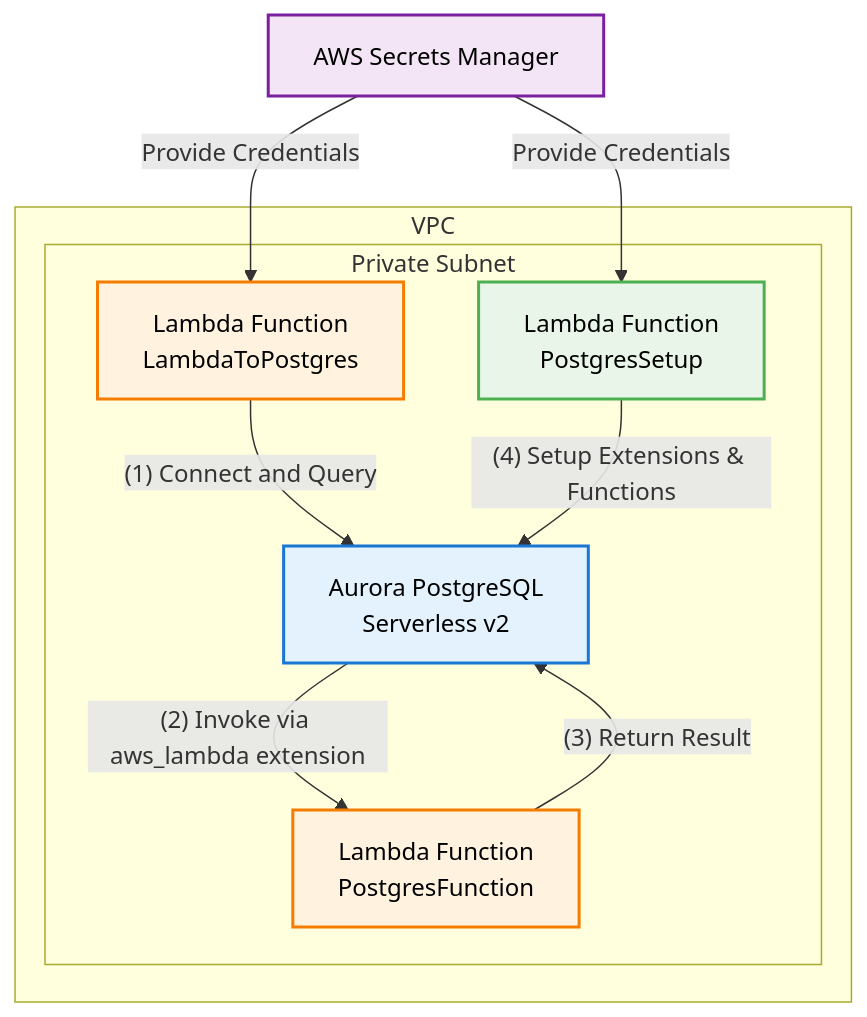
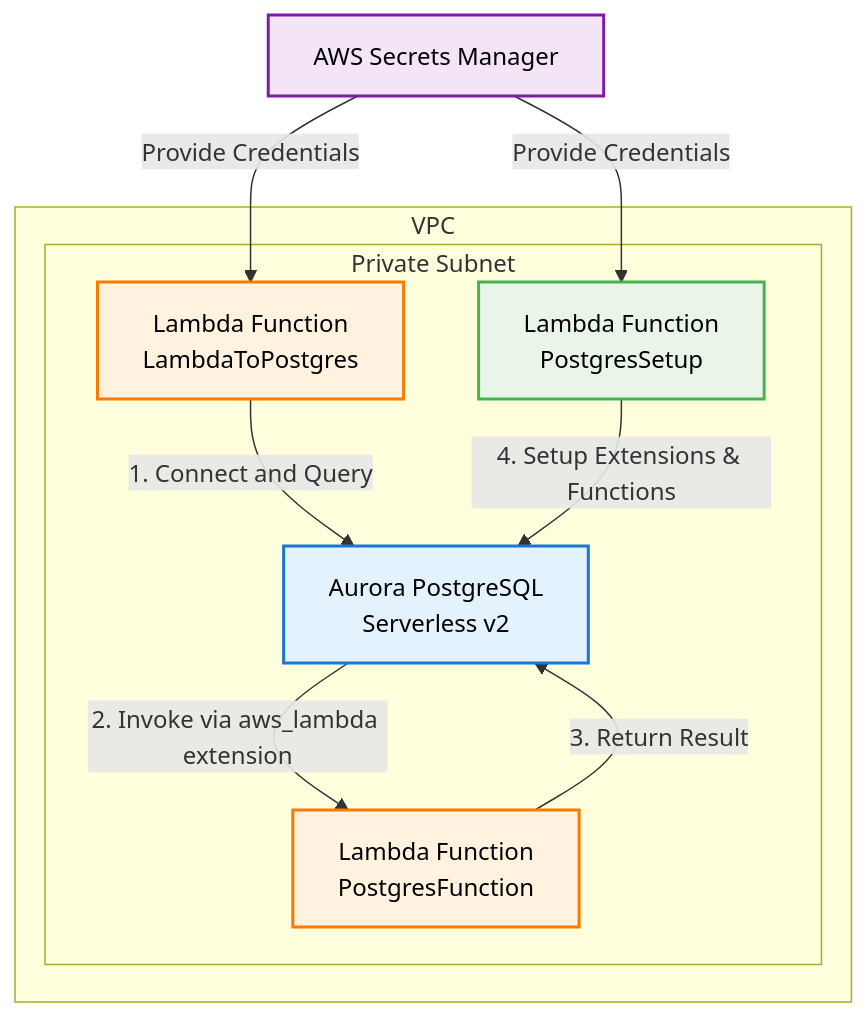
Before and after one commit to aws-samples/aws-cdk-examples: the diagram in typescript/postgres-lambda/README.md, drawn with Mermaid. The commit also changed other lines of this file and 6 other files, not shown here.

Commit message:
Implement yarn workspaces for Lambda functions management and update .gitignore

````diff
--- a/typescript/postgres-lambda/README.md
+++ b/typescript/postgres-lambda/README.md
@@ -15,25 +16,25 @@
 ```mermaid
 graph TD
     subgraph VPC
         subgraph "Private Subnet"
             DB[Aurora PostgreSQL\nServerless v2]
             L1[Lambda Function\nLambdaToPostgres]
             L2[Lambda Function\nPostgresFunction]
             L3[Lambda Function\nPostgresSetup]
         end
     end
     
-    L1 -->|"(1) Connect and Query"| DB
-    DB -->|"(2) Invoke via aws_lambda extension"| L2
-    L2 -->|"(3) Return Result"| DB
-    L3 -->|"(4) Setup Extensions & Functions"| DB
+    L1 -->|"1. Connect and Query"| DB
+    DB -->|"2. Invoke via aws_lambda extension"| L2
+    L2 -->|"3. Return Result"| DB
+    L3 -->|"4. Setup Extensions & Functions"| DB
     
     SM[AWS Secrets Manager] -->|Provide Credentials| L1
     SM -->|Provide Credentials| L3
     
     style DB fill:#E3F2FD,stroke:#1976D2,stroke-width:2px,color:#000
     style L1 fill:#FFF3E0,stroke:#F57C00,stroke-width:2px,color:#000
     style L2 fill:#FFF3E0,stroke:#F57C00,stroke-width:2px,color:#000
     style L3 fill:#E8F5E8,stroke:#4CAF50,stroke-width:2px,color:#000
     style SM fill:#F3E5F5,stroke:#7B1FA2,stroke-width:2px,color:#000
 ```
````
